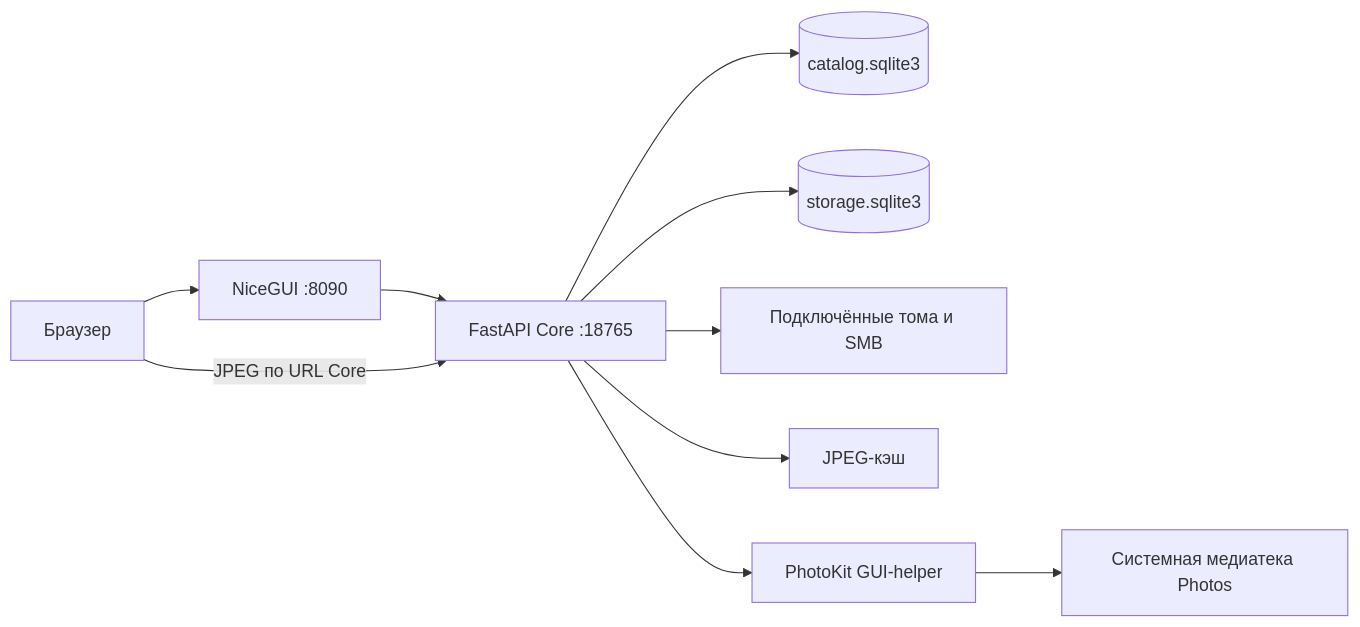
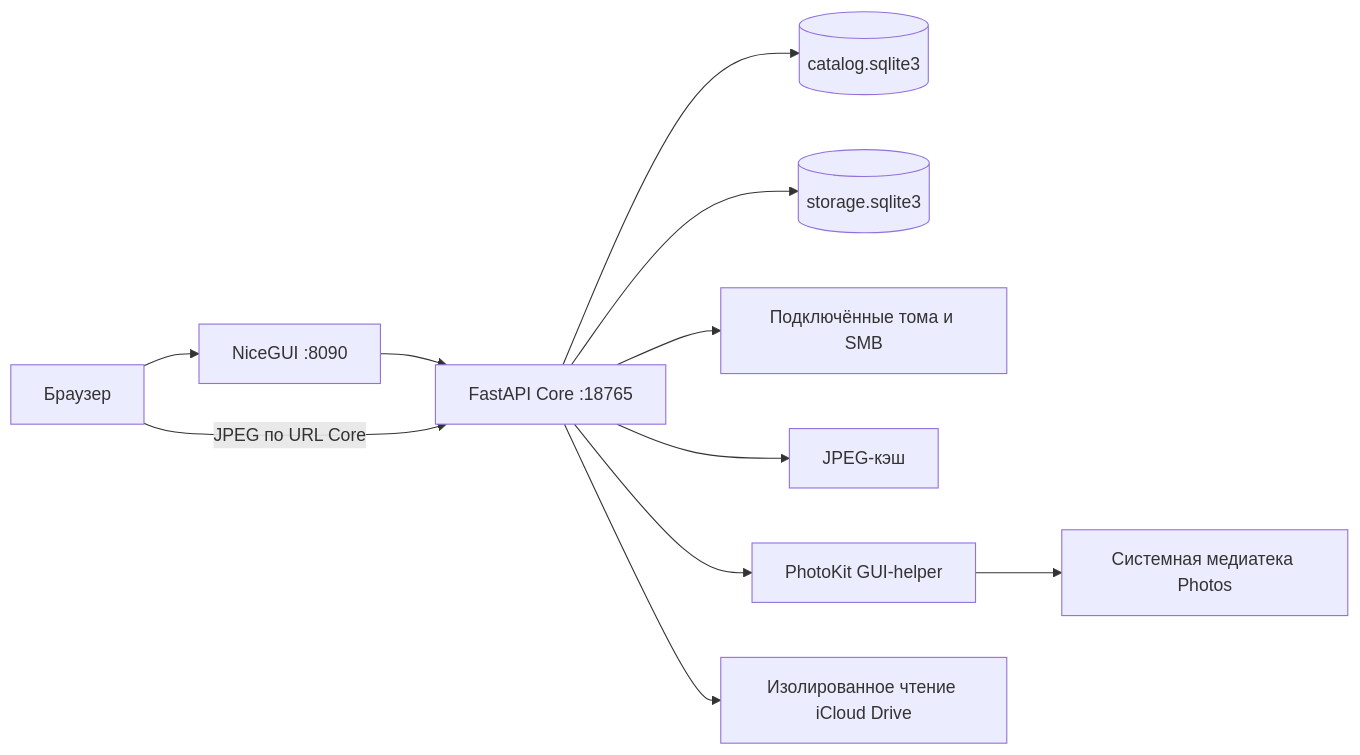
Before and after one commit to evgz1979/media.actu: the diagram in docs/architecture.md, drawn with Mermaid. The commit also changed other lines of this file and 26 other files, not shown here.

Commit message:
Add iCloud Drive copies and compact source controls

````diff
--- a/docs/architecture.md
+++ b/docs/architecture.md
@@ -17,12 +17,13 @@
 ```mermaid
 flowchart LR
   B[Браузер] --> U[NiceGUI :8090]
   U --> A[FastAPI Core :18765]
   B -->|JPEG по URL Core| A
   A --> C[(catalog.sqlite3)]
   A --> S[(storage.sqlite3)]
   A --> V[Подключённые тома и SMB]
   A --> K[JPEG-кэш]
   A --> H[PhotoKit GUI-helper]
   H --> P[Системная медиатека Photos]
+  A --> I[Изолированное чтение iCloud Drive]
 ```
````
